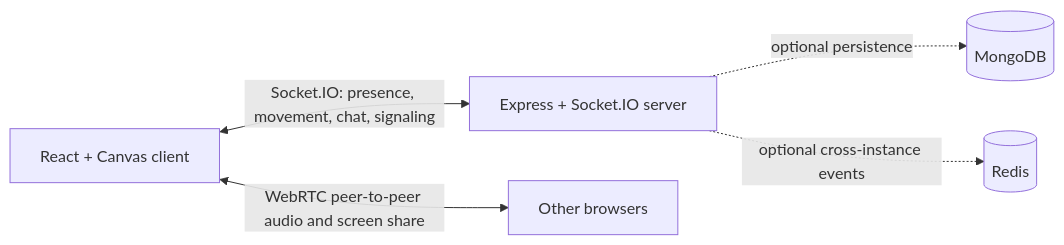
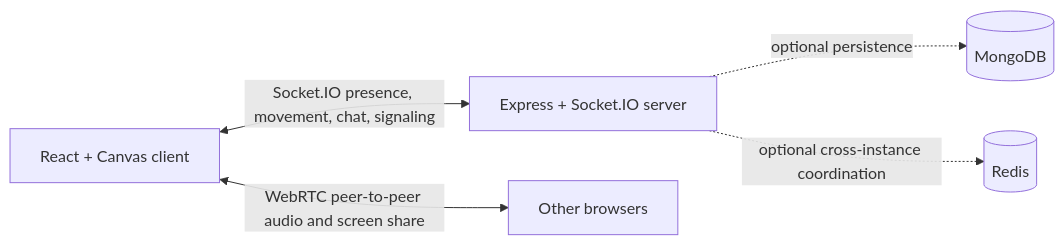
Before and after one commit to ABHAY-AVA2005/ProxiSpeak-project-Group-10--INFOTACT-: the diagram in README.md, drawn with Mermaid. The commit also changed other lines of this file, not shown here.

````diff
--- a/README.md
+++ b/README.md
@@ -152,7 +163,7 @@
 ```mermaid
 flowchart LR
-    Browser[React + Canvas client] <-->|Socket.IO: presence, movement, chat, signaling| Server[Express + Socket.IO server]
+    Browser[React + Canvas client] <-->|Socket.IO presence, movement, chat, signaling| Server[Express + Socket.IO server]
     Browser <-->|WebRTC peer-to-peer audio and screen share| Peers[Other browsers]
     Server -. optional persistence .-> MongoDB[(MongoDB)]
-    Server -. optional cross-instance events .-> Redis[(Redis)]
+    Server -. optional cross-instance coordination .-> Redis[(Redis)]
 ```
````
